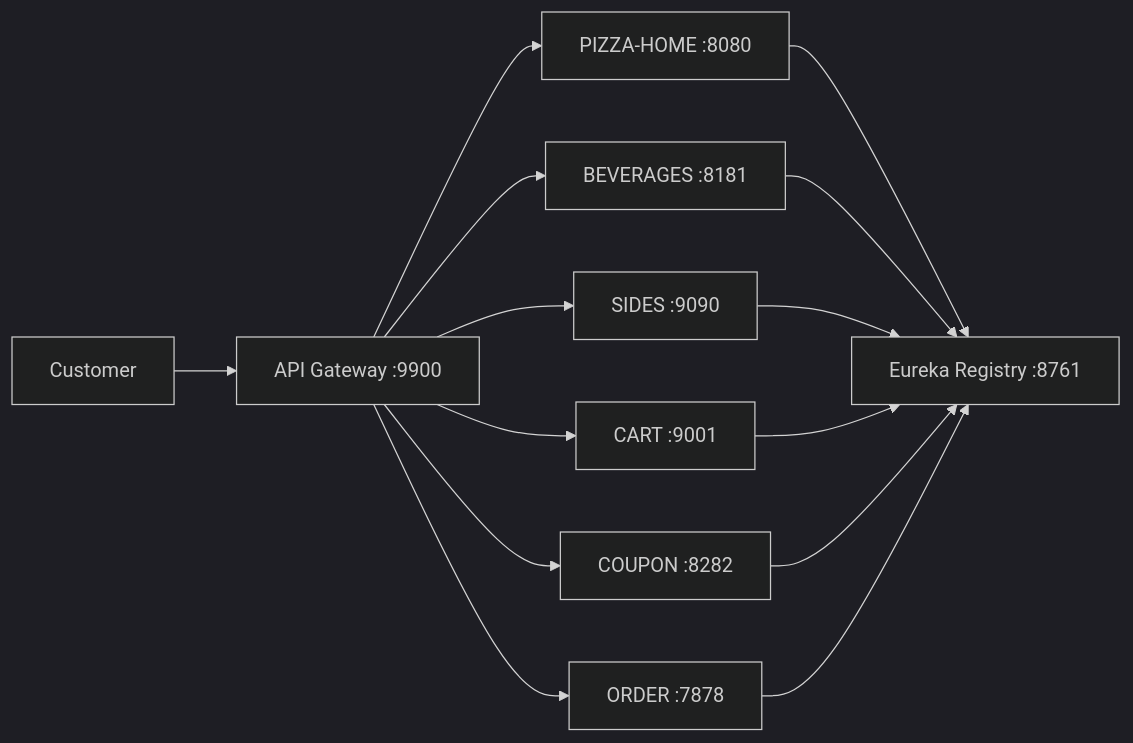
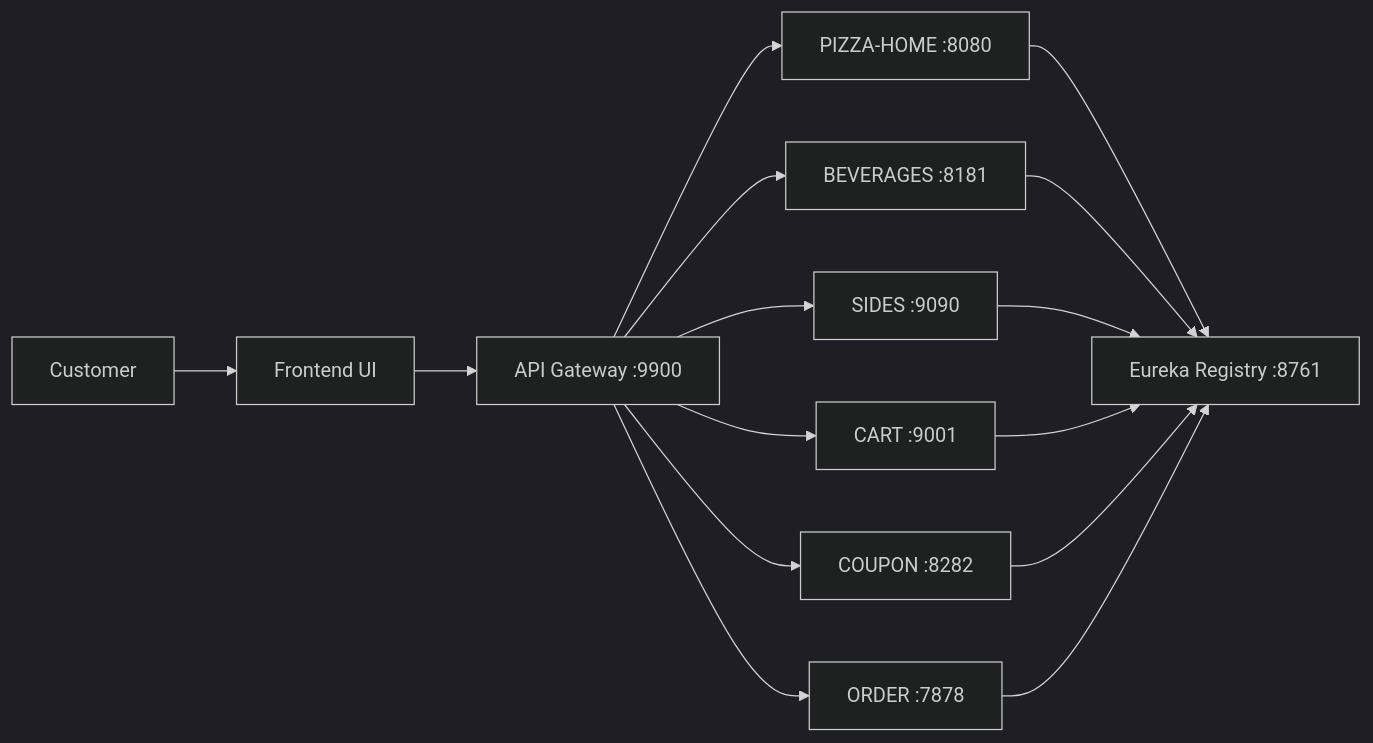
One commit to Rohit4530/Pizza-Ordering-System changed the first of 2 diagrams in README.md. Above: the diagram before and after it, drawn with Mermaid (dark theme). The commit also changed other lines of this file, not shown here.

Commit message:
Clarify frontend integration in README

````diff
--- a/README.md
+++ b/README.md
@@ -15,16 +16,17 @@
 ```mermaid
 flowchart LR
-    U[Customer] --> G[API Gateway :9900]
+    U[Customer] --> F[Frontend UI]
+    F --> G[API Gateway :9900]
     G --> H[PIZZA-HOME :8080]
     G --> B[BEVERAGES :8181]
     G --> S[SIDES :9090]
     G --> C[CART :9001]
     G --> P[COUPON :8282]
     G --> O[ORDER :7878]
     H --> E[Eureka Registry :8761]
     B --> E
     S --> E
     C --> E
     P --> E
     O --> E
 ```
````
